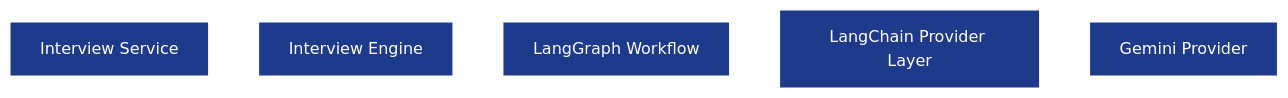
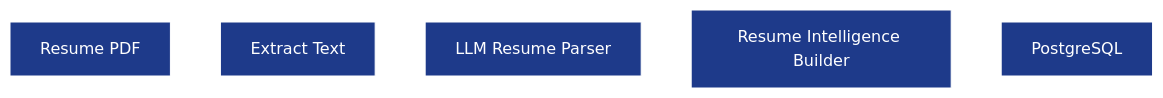
One commit to Veeru123456778/ai-interview-service changed the fourth of 4 diagrams in docs/tech-spec/02_architecture.md. Above: the diagram before and after it, drawn with Mermaid. The commit also changed other lines of this file, not shown here.

Commit message:
fixes the architecture of the agent

````diff
--- a/docs/tech-spec/02_architecture.md
+++ b/docs/tech-spec/02_architecture.md
@@ -535,34 +202,34 @@
 ```mermaid
-%%{init: {
+%%{init:{
   "theme":"base",
   "themeVariables":{
     "background":"#0F172A",
     "primaryColor":"#1E3A8A",
     "primaryTextColor":"#FFFFFF",
     "primaryBorderColor":"#FFFFFF",
-    "lineColor":"#FFFFFF",
     "secondaryColor":"#2563EB",
     "secondaryTextColor":"#FFFFFF",
     "tertiaryColor":"#1E293B",
+    "lineColor":"#FFFFFF",
     "fontFamily":"Inter",
     "edgeLabelBackground":"#0F172A"
   }
 }}%%
 
 flowchart LR
 
-    SERVICE["Interview Service"]
+    PDF["Resume PDF"]
 
-    ENGINE["Interview Engine"]
+    EXTRACT["Extract Text"]
 
-    LANGGRAPH["LangGraph Workflow"]
+    PARSE["LLM Resume Parser"]
 
-    LANGCHAIN["LangChain Provider Layer"]
+    BUILD["Resume Intelligence Builder"]
 
-    PROVIDER["Gemini Provider"]
+    STORE["PostgreSQL"]
 
-    SERVICE --> ENGINE
-    ENGINE --> LANGGRAPH
-    LANGGRAPH --> LANGCHAIN
-    LANGCHAIN --> PROVIDER
+    PDF --> EXTRACT
+    EXTRACT --> PARSE
+    PARSE --> BUILD
+    BUILD --> STORE
 ```
````
